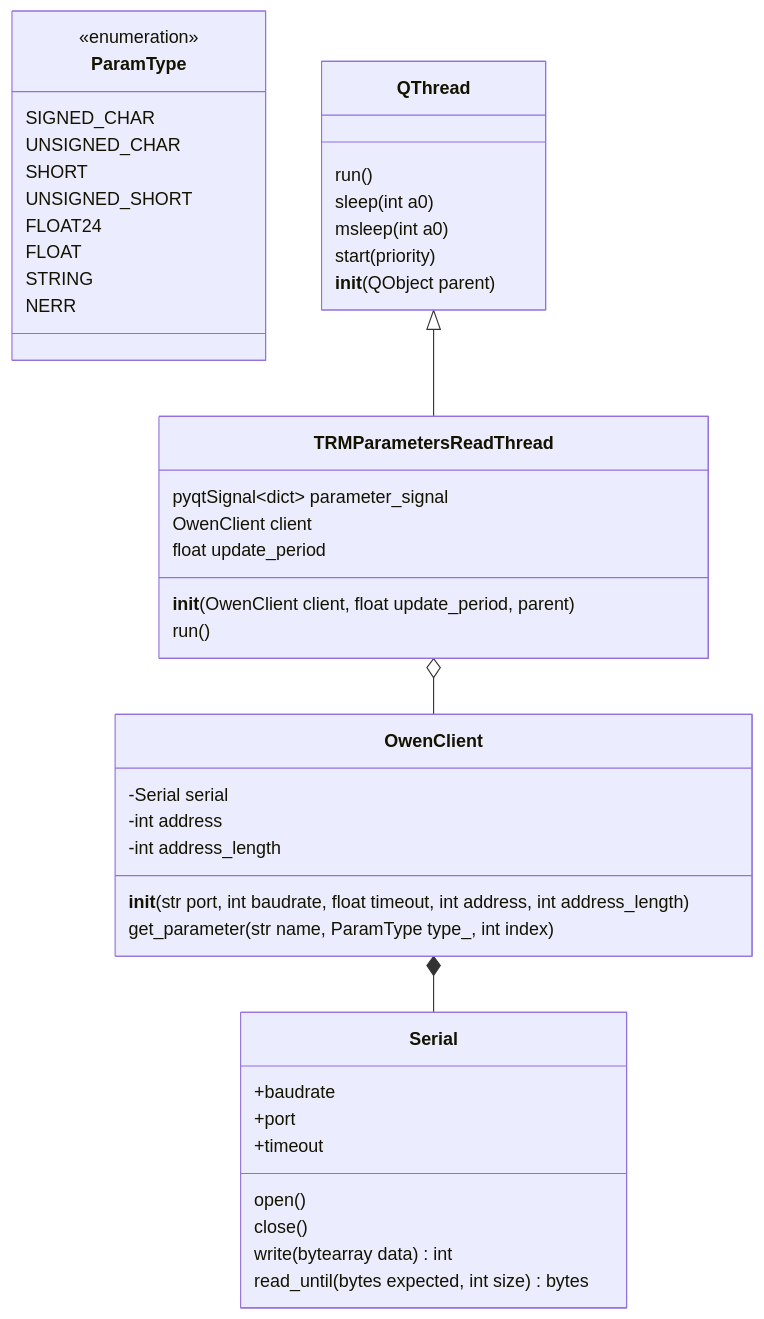
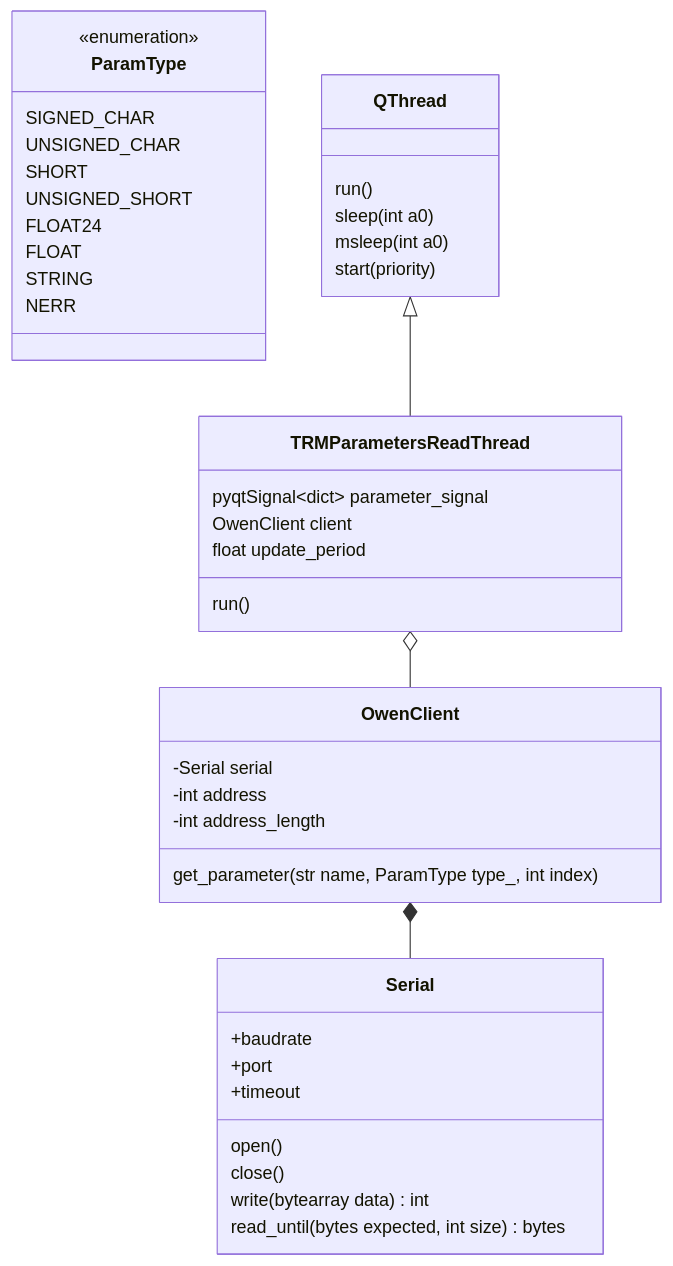
Before and after one commit to Marik28/dissertation: the fourth of 7 diagrams in data/diagrams/диаграмма классов.md, drawn with Mermaid. The commit also changed other lines of this file, not shown here.

````diff
--- a/data/diagrams/диаграмма классов.md
+++ b/data/diagrams/диаграмма классов.md
@@ -208,53 +200,50 @@
 ```mermaid
 classDiagram
     
     class OwenClient {
         -Serial serial
         -int address
         -int address_length
-        __init__(str port, int baudrate, float timeout, int address, int address_length)
         get_parameter(str name, ParamType type_, int index)
     }
     
     class Serial {
         +baudrate
         +port
         +timeout
         open()
         close()
         write(bytearray data) int
         read_until(bytes expected, int size) bytes
     }
     
     class ParamType {
         <<enumeration>>
         SIGNED_CHAR
         UNSIGNED_CHAR
         SHORT
         UNSIGNED_SHORT
         FLOAT24
         FLOAT
         STRING
         NERR        
     }
     
     class TRMParametersReadThread {
         pyqtSignal~dict~ parameter_signal
         OwenClient client
         float update_period
-        __init__(OwenClient client, float update_period, parent)
         run()
     }
     
     class QThread {
         run()
         sleep(int a0)
         msleep(int a0)
         start(priority)
-        __init__(QObject parent)
     }
     
     OwenClient *-- Serial
     QThread <|-- TRMParametersReadThread
     TRMParametersReadThread o-- OwenClient 
 ```
````
